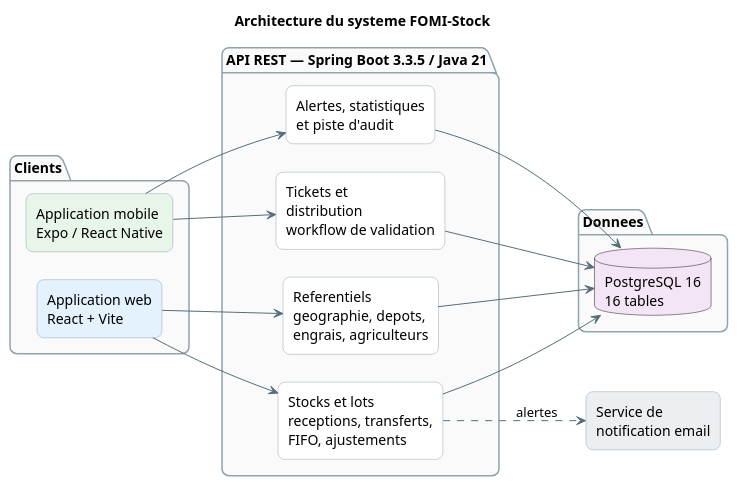
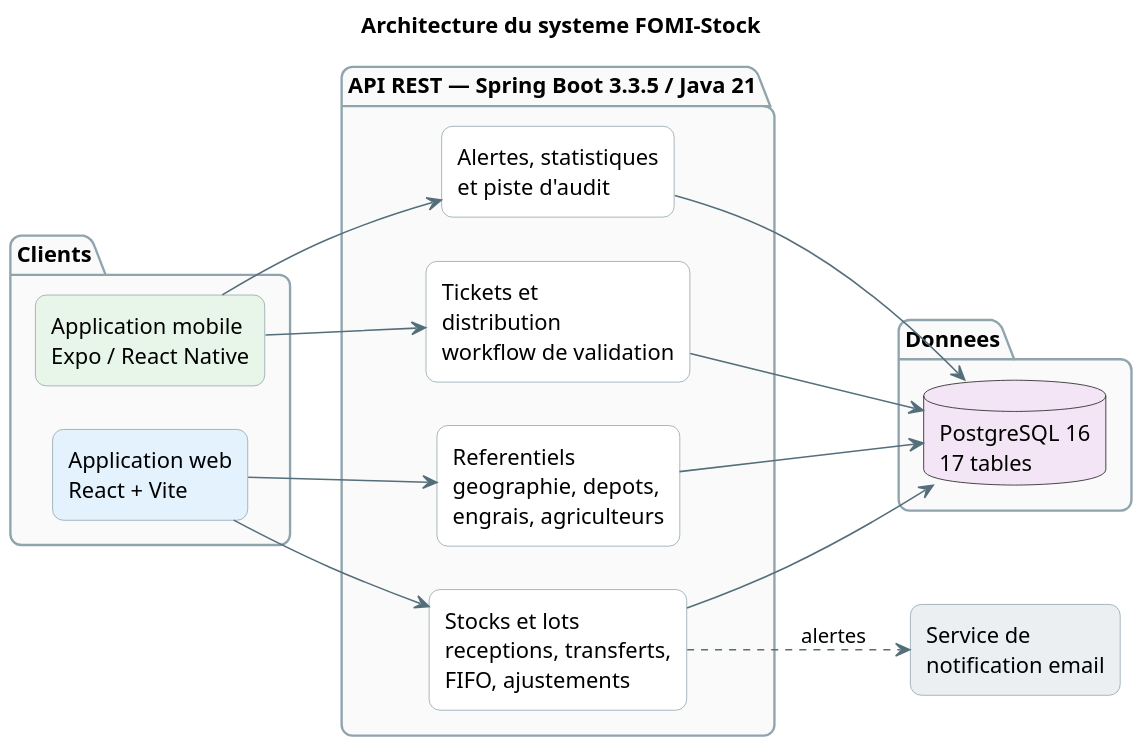
The diagram in memoire_assets/puml_src/architecture.puml (Davy-Antosper/memoire), drawn with PlantUML before and after one commit. The commit also changed 29 other files, not shown here.

Commit message:
Rapport aligne sur le modele FOMI (commune, depots province/zone), figures PlantUML regenerees et PDF a jour

```diff
--- a/memoire_assets/puml_src/architecture.puml
+++ b/memoire_assets/puml_src/architecture.puml
@@ -1,43 +1,44 @@
 @startuml
 left to right direction
 title Architecture du systeme FOMI-Stock
 skinparam shadowing false
 skinparam roundCorner 14
 skinparam DefaultFontName "Segoe UI"
+skinparam dpi 150
 skinparam ArrowColor #546E7A
 skinparam nodesep 28
 skinparam ranksep 55
 skinparam packageBorderColor #90A4AE
 skinparam packageBackgroundColor #FAFAFA
 skinparam rectangleBorderColor #90A4AE
 skinparam rectangleBackgroundColor #FFFFFF
 
 package "Clients" {
   rectangle "Application web\nReact + Vite" as WEB #E3F2FD
   rectangle "Application mobile\nExpo / React Native" as MOB #E8F5E9
 }
 
 package "API REST — Spring Boot 3.3.5 / Java 21" {
   rectangle "Referentiels\ngeographie, depots,\nengrais, agriculteurs" as M1 #FFFFFF
   rectangle "Stocks et lots\nreceptions, transferts,\nFIFO, ajustements" as M2 #FFFFFF
   rectangle "Tickets et\ndistribution\nworkflow de validation" as M3 #FFFFFF
   rectangle "Alertes, statistiques\net piste d'audit" as M4 #FFFFFF
 }
 
 package "Donnees" {
-  database "PostgreSQL 16\n16 tables" as DB #F3E5F5
+  database "PostgreSQL 16\n17 tables" as DB #F3E5F5
 }
 
 rectangle "Service de\nnotification email" as MAIL #ECEFF1
 
 WEB --> M1
 WEB --> M2
 MOB --> M3
 MOB --> M4
 M1 --> DB
 M2 --> DB
 M3 --> DB
 M4 --> DB
 M2 ..> MAIL : alertes
 
 @enduml
```
